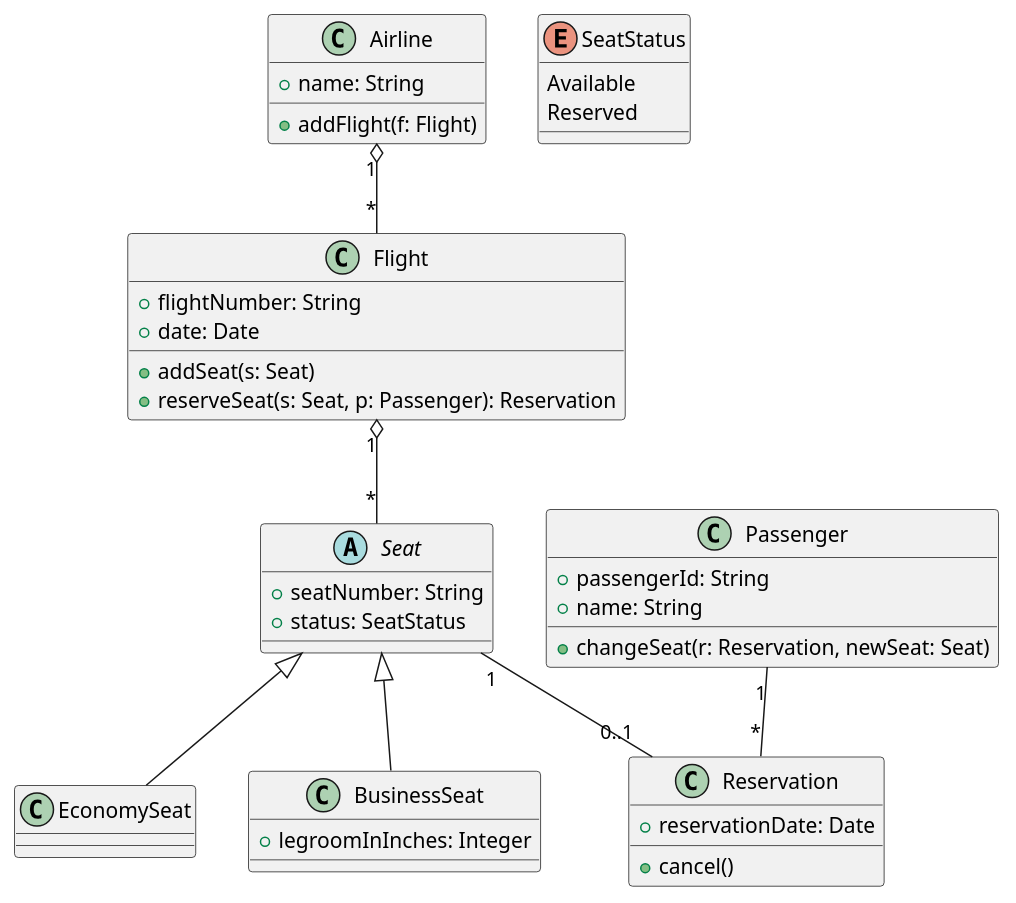
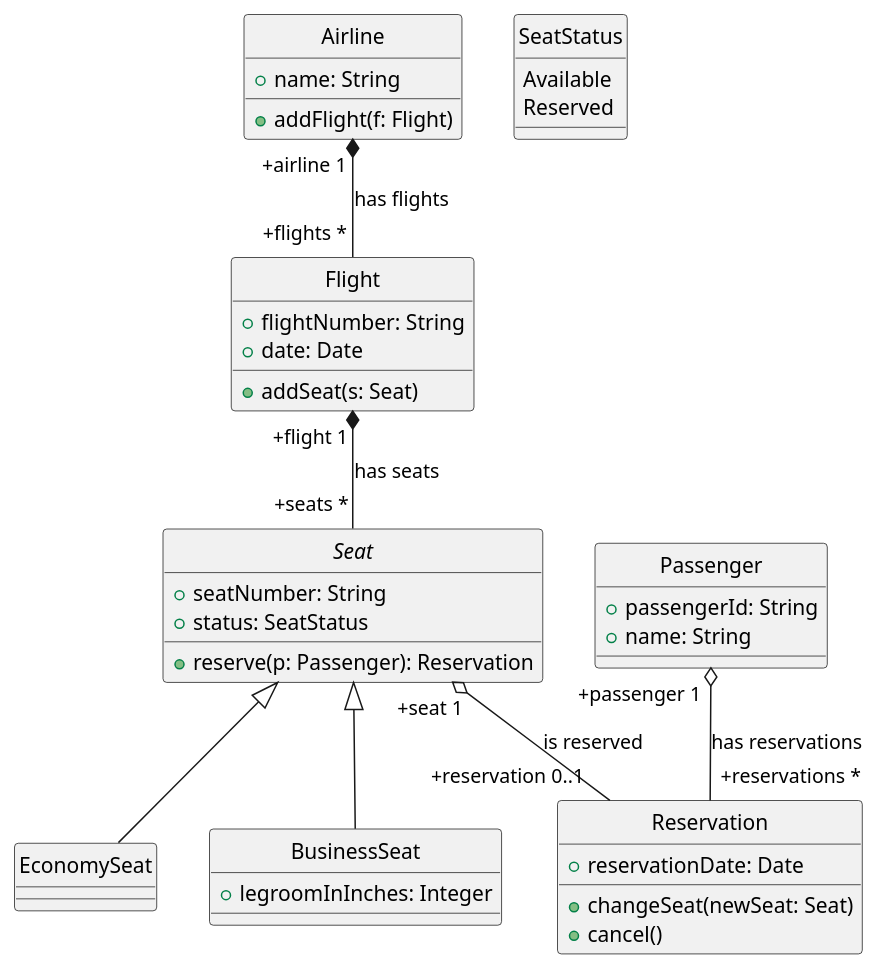
One commit to scx-othr/MoProCo-evaluation changed the diagram in airline/classical-uml/main.puml. Above: the diagram before and after it, drawn with PlantUML. The commit also changed 31 other files, not shown here.

Commit message:
Prepare initial evaluation data for all three case studies (shop, airline, library; classical uml, black box prompt, moproco)

```diff
--- a/airline/classical-uml/main.puml
+++ b/airline/classical-uml/main.puml
@@ -1,48 +1,50 @@
 @startuml
+hide circle
+
 class Airline {
   +name: String
   +addFlight(f: Flight)
 }
 
 class Flight {
   +flightNumber: String
   +date: Date
   +addSeat(s: Seat)
-  +reserveSeat(s: Seat, p: Passenger): Reservation
 }
 
 abstract class Seat {
   +seatNumber: String
   +status: SeatStatus
+  +reserve(p: Passenger): Reservation
 }
 
 class EconomySeat
 
 class BusinessSeat {
   +legroomInInches: Integer
 }
 
 class Passenger {
   +passengerId: String
   +name: String
-  +changeSeat(r: Reservation, newSeat: Seat)
 }
 
 class Reservation {
   +reservationDate: Date
+  +changeSeat(newSeat: Seat)
   +cancel()
 }
 
 enum SeatStatus {
   Available
   Reserved
 }
 
-Airline "1" o-- "*" Flight
-Flight "1" o-- "*" Seat
-Passenger "1" -- "*" Reservation
-Seat "1" -- "0..1" Reservation
+Airline "+airline 1" *-- "+flights *" Flight: has flights
+Flight "+flight 1" *-- "+seats *" Seat: has seats
+Passenger "+passenger 1" o-- "+reservations *" Reservation: has reservations
+Seat "+seat 1" o-- "+reservation 0..1" Reservation: is reserved
 
 Seat <|-- EconomySeat
 Seat <|-- BusinessSeat
 @enduml
```
